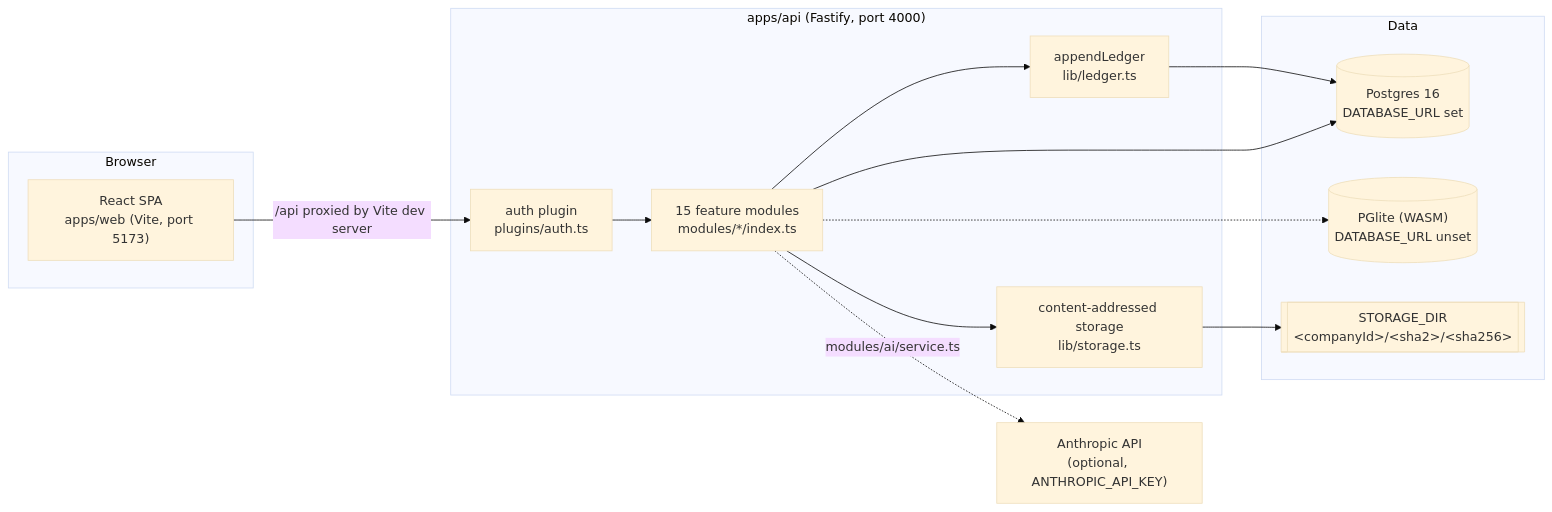
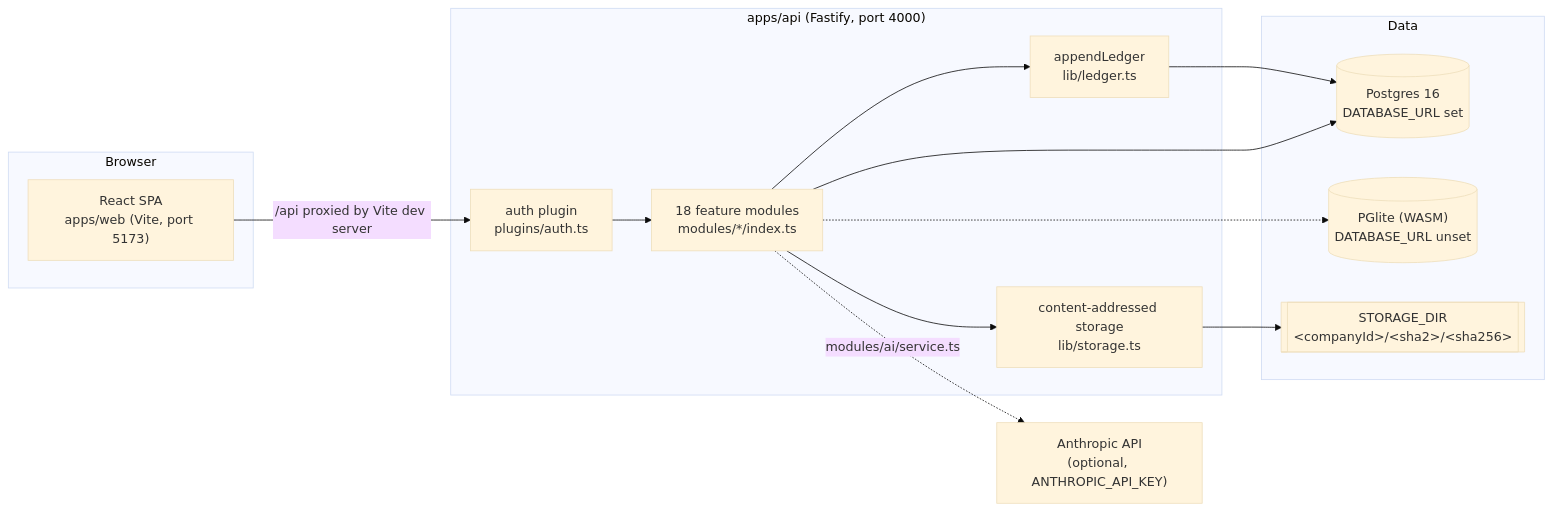
One commit to Emmanuelok/procore-ultimate changed the first of 7 diagrams in docs/architecture.md. Above: the diagram before and after it, drawn with Mermaid (base theme). The commit also changed other lines of this file and 28 other files, not shown here.

````diff
--- a/docs/architecture.md
+++ b/docs/architecture.md
@@ -61,28 +61,28 @@
 ```mermaid
 flowchart LR
     subgraph Browser
         SPA["React SPA<br/>apps/web (Vite, port 5173)"]
     end
     subgraph API["apps/api (Fastify, port 4000)"]
         AUTH["auth plugin<br/>plugins/auth.ts"]
-        MODS["15 feature modules<br/>modules/*/index.ts"]
+        MODS["18 feature modules<br/>modules/*/index.ts"]
         LEDGER["appendLedger<br/>lib/ledger.ts"]
         STORE["content-addressed storage<br/>lib/storage.ts"]
     end
     subgraph Data
         PG[("Postgres 16<br/>DATABASE_URL set")]
         PGL[("PGlite (WASM)<br/>DATABASE_URL unset")]
         FS[["STORAGE_DIR<br/>&lt;companyId&gt;/&lt;sha2&gt;/&lt;sha256&gt;"]]
     end
     ANTH["Anthropic API<br/>(optional, ANTHROPIC_API_KEY)"]
 
     SPA -- "/api proxied by Vite dev server" --> AUTH
     AUTH --> MODS
     MODS --> LEDGER
     MODS --> STORE
     LEDGER --> PG
     MODS --> PG
     MODS -.-> PGL
     STORE --> FS
     MODS -. "modules/ai/service.ts" .-> ANTH
 ```
````
